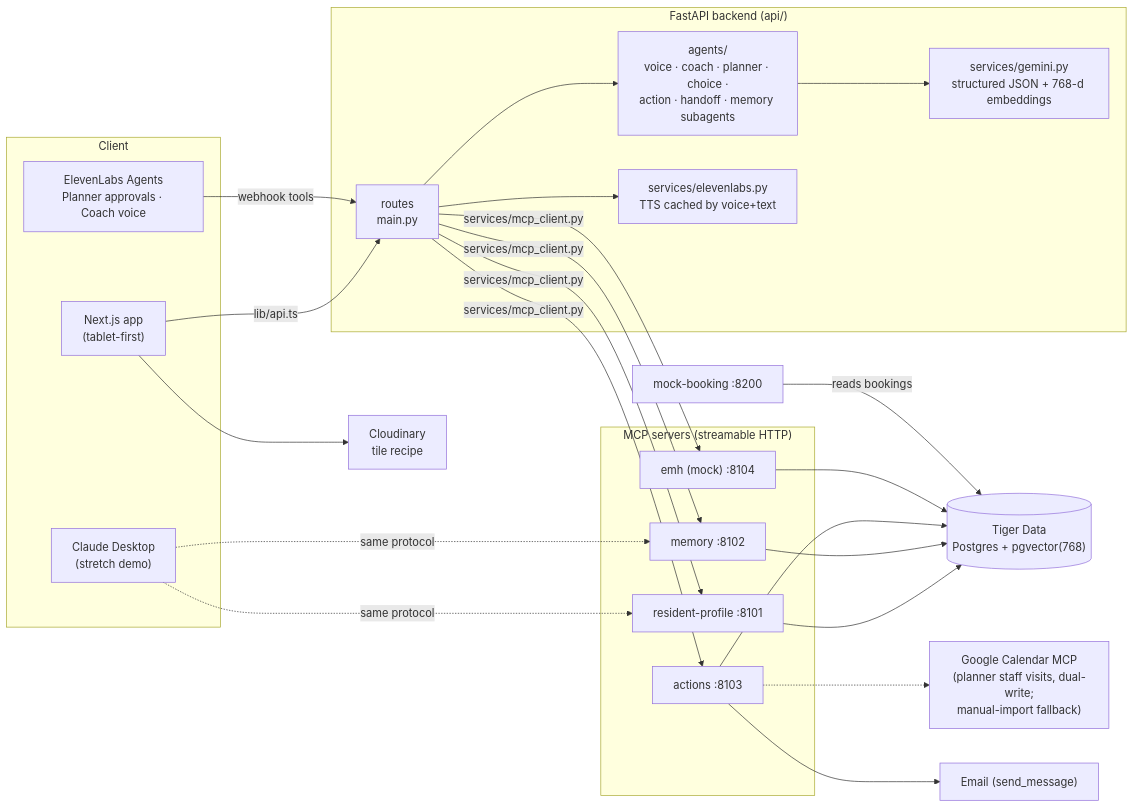
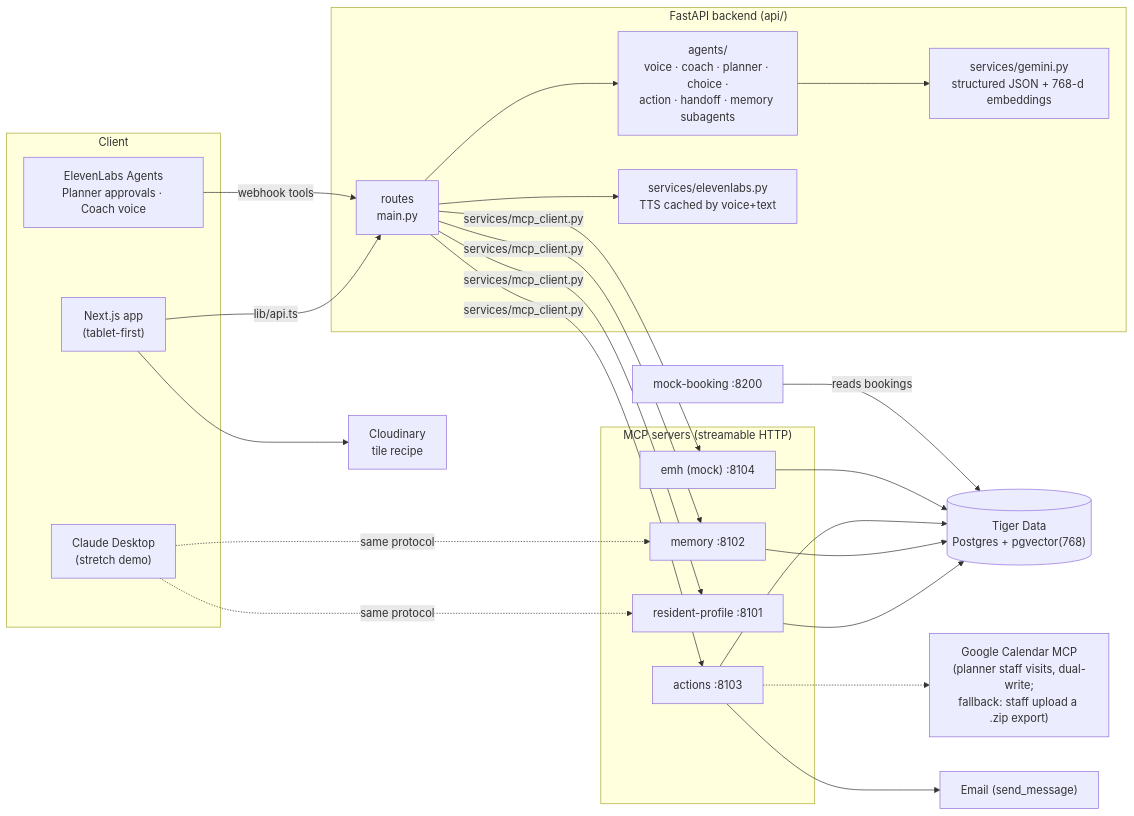
The diagram in docs/ARCHITECTURE.md (Chuckyecheesy/InMyWords), drawn with Mermaid before and after one commit. The commit also changed 3 other files, not shown here.

First line of the commit message:
Spec: the manual-calendar fallback is a .zip export upload

````diff
--- a/docs/ARCHITECTURE.md
+++ b/docs/ARCHITECTURE.md
@@ -5,41 +5,41 @@
 ```mermaid
 flowchart LR
     subgraph Client
         WEB["Next.js app<br/>(tablet-first)"]
         EL["ElevenLabs Agents<br/>Planner approvals · Coach voice"]
         CD["Claude Desktop<br/>(stretch demo)"]
     end
 
     subgraph Backend["FastAPI backend (api/)"]
         API["routes<br/>main.py"]
         AGENTS["agents/<br/>voice · coach · planner · choice ·<br/>action · handoff · memory subagents"]
         GEM["services/gemini.py<br/>structured JSON + 768-d embeddings"]
         TTS["services/elevenlabs.py<br/>TTS cached by voice+text"]
     end
 
     subgraph MCP["MCP servers (streamable HTTP)"]
         P["resident-profile :8101"]
         M["memory :8102"]
         A["actions :8103"]
         E["emh (mock) :8104"]
     end
 
     DB[("Tiger Data<br/>Postgres + pgvector(768)")]
     BOOK["mock-booking :8200"]
     CLOUD["Cloudinary<br/>tile recipe"]
-    GCAL["Google Calendar MCP<br/>(planner staff visits, dual-write;<br/>manual-import fallback)"]
+    GCAL["Google Calendar MCP<br/>(planner staff visits, dual-write;<br/>fallback: staff upload a .zip export)"]
     EMAIL["Email (send_message)"]
 
     WEB -->|lib/api.ts| API
     EL -->|webhook tools| API
     CD -.->|same protocol| P & M
     API --> AGENTS
     AGENTS --> GEM
     API --> TTS
     API -->|services/mcp_client.py| P & M & A & E
     P & M & A & E --> DB
     A --> EMAIL
     A -.-> GCAL
     BOOK -->|reads bookings| DB
     WEB --> CLOUD
 ```
````
